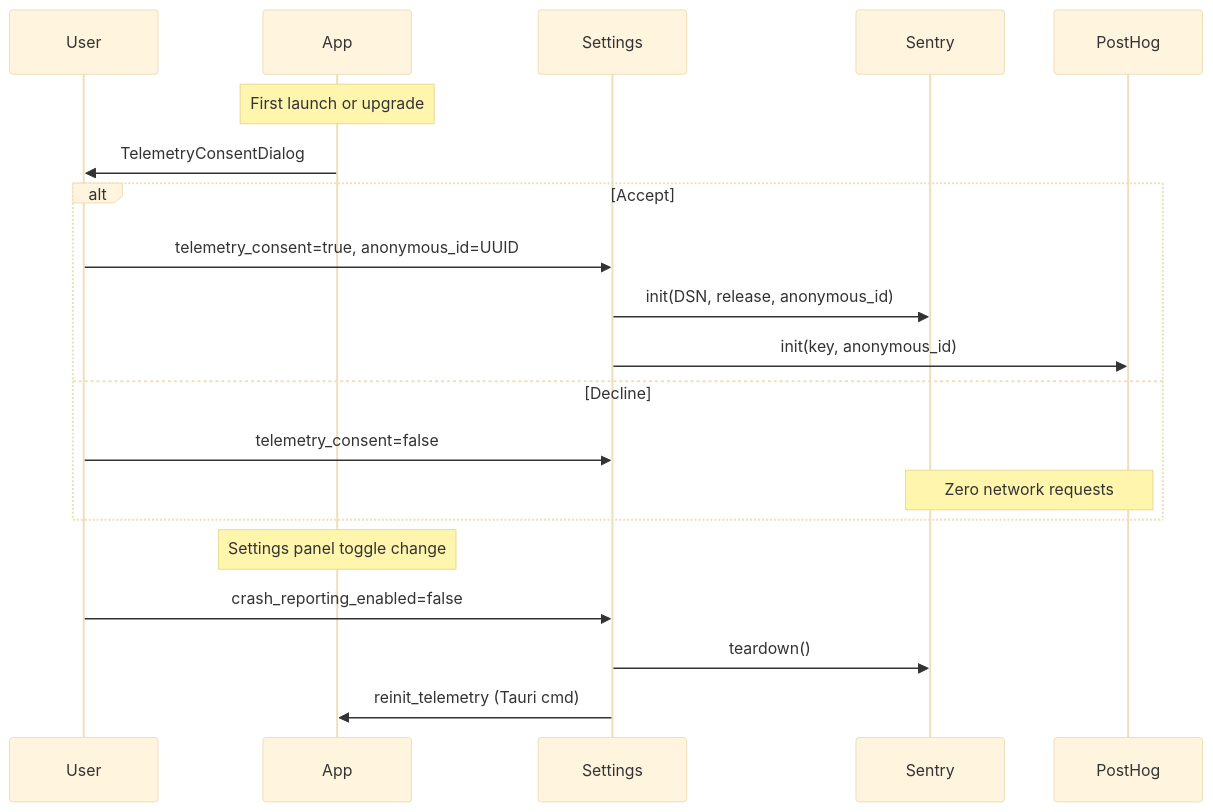
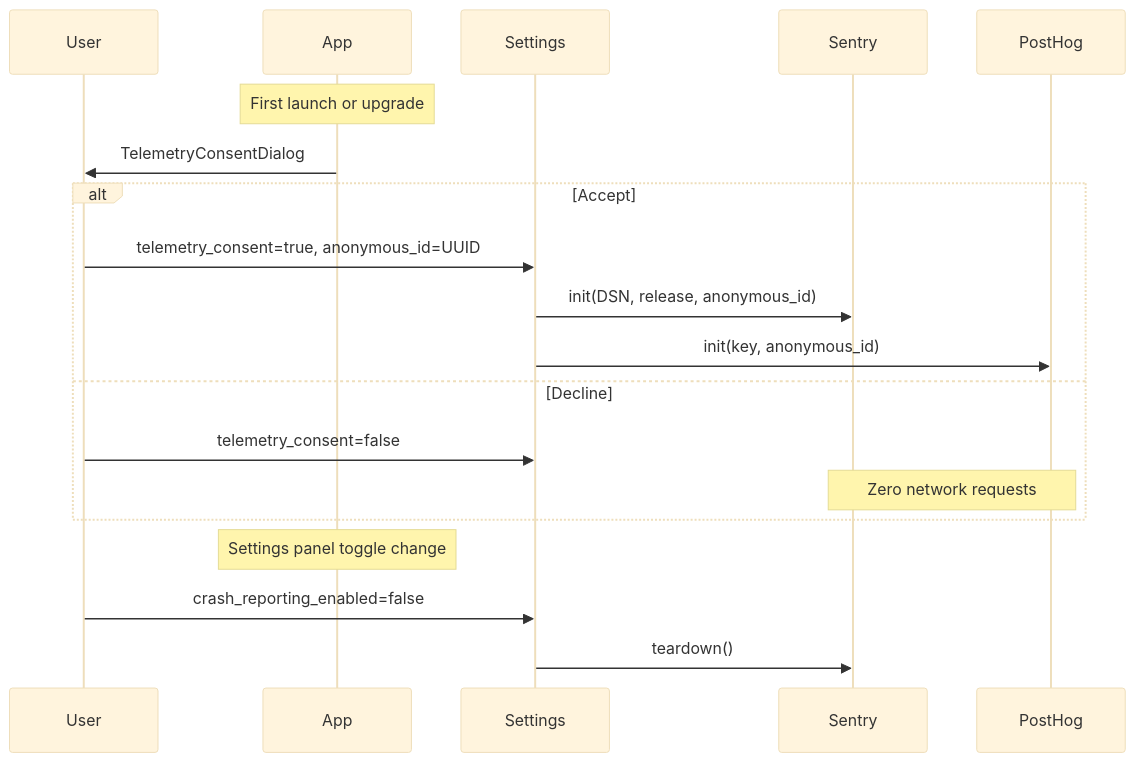
One commit to kohz87/Artemis changed the seventh of 7 diagrams in docs/ARCHITECTURE.md. Above: the diagram before and after it, drawn with Mermaid (base theme). The commit also changed other lines of this file and 362 other files, not shown here.

````diff
--- a/docs/ARCHITECTURE.md
+++ b/docs/ARCHITECTURE.md
@@ -752,24 +623,23 @@
 ```mermaid
 sequenceDiagram
     participant User
     participant App
     participant Settings
     participant Sentry
     participant PostHog
 
     Note over App: First launch or upgrade
     App->>User: TelemetryConsentDialog
     alt Accept
         User->>Settings: telemetry_consent=true, anonymous_id=UUID
         Settings->>Sentry: init(DSN, release, anonymous_id)
         Settings->>PostHog: init(key, anonymous_id)
     else Decline
         User->>Settings: telemetry_consent=false
         Note over Sentry,PostHog: Zero network requests
     end
 
     Note over App: Settings panel toggle change
     User->>Settings: crash_reporting_enabled=false
     Settings->>Sentry: teardown()
-    Settings->>App: reinit_telemetry (Tauri cmd)
 ```
````
